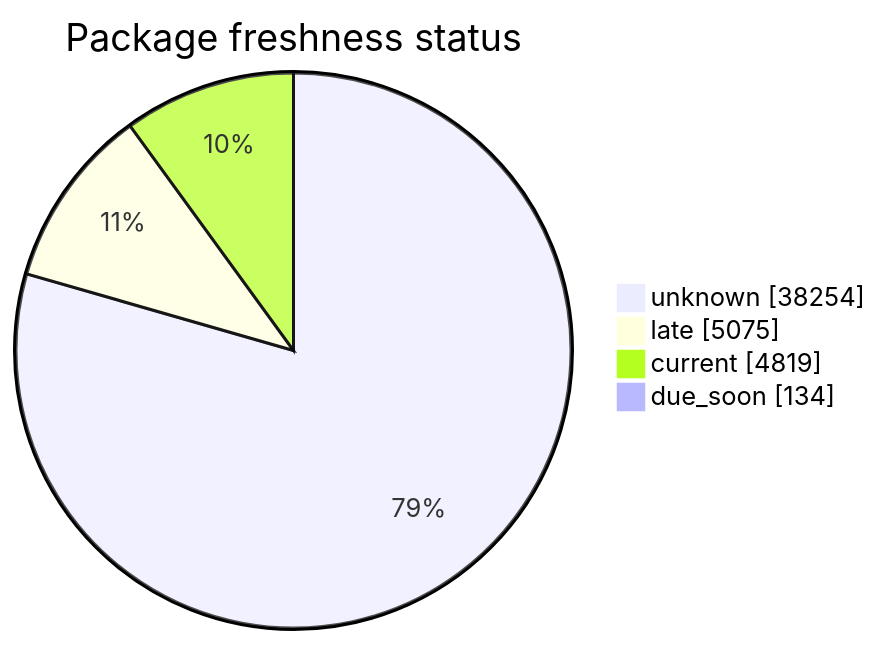
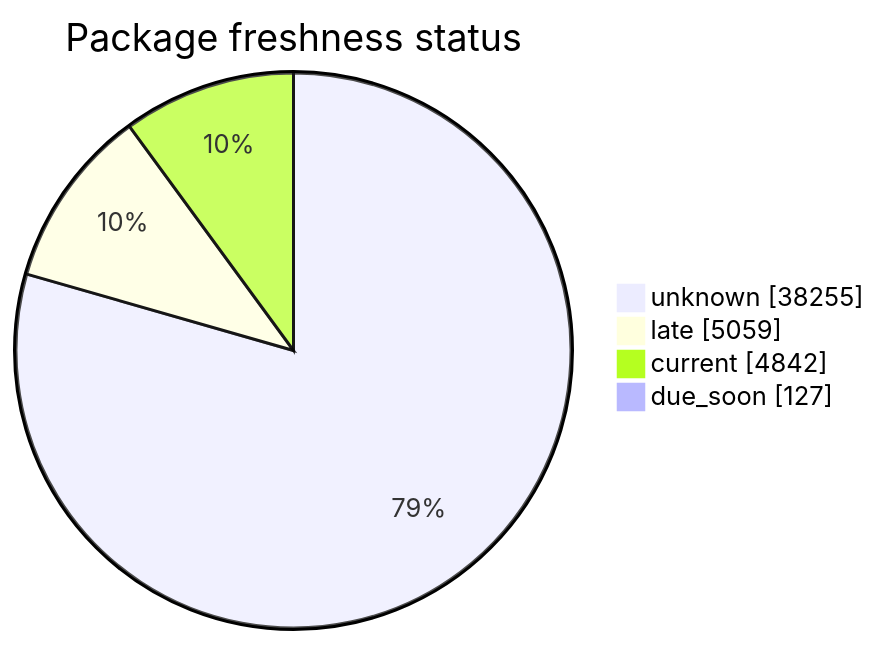
Before and after one commit to open-data/analytics-corporate-reporting: the second of 5 diagrams in FreshCheck/README.md, drawn with Mermaid. The commit also changed other lines of this file and 3 other files, not shown here.

````diff
--- a/FreshCheck/README.md
+++ b/FreshCheck/README.md
@@ -68,7 +68,7 @@
 ```mermaid
 pie showData title Package freshness status
-    "unknown": 38254
-    "late": 5075
-    "current": 4819
-    "due_soon": 134
+    "unknown": 38255
+    "late": 5059
+    "current": 4842
+    "due_soon": 127
 ```
````
